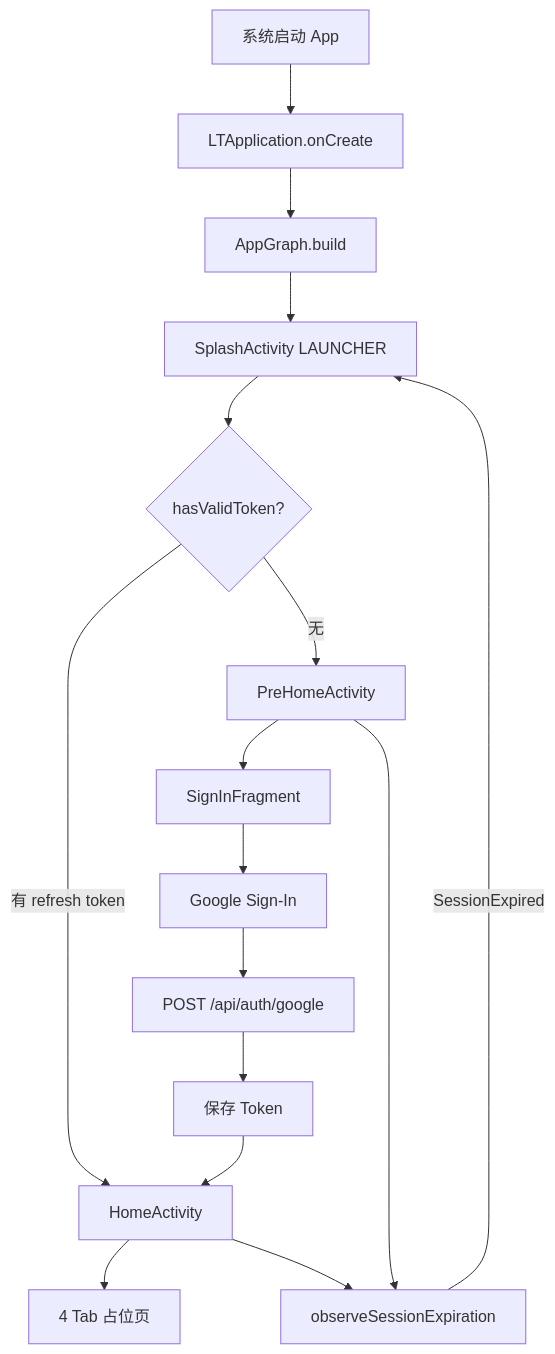
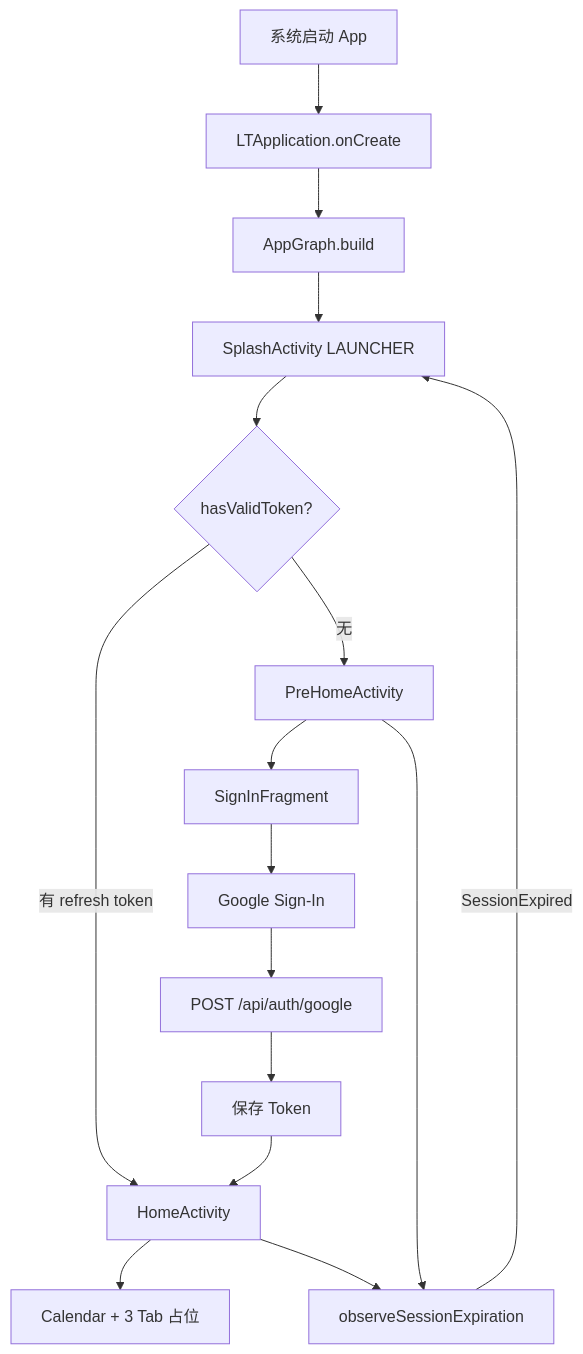
The diagram in docs/app-startup-flow.md (LieonShelly/LT-Android), drawn with Mermaid before and after one commit. The commit also changed other lines of this file and 52 other files, not shown here.

````diff
--- a/docs/app-startup-flow.md
+++ b/docs/app-startup-flow.md
@@ -20,19 +20,19 @@
 ```mermaid
 flowchart TD
     A[系统启动 App] --> B[LTApplication.onCreate]
     B --> C[AppGraph.build]
     C --> D[SplashActivity LAUNCHER]
     D --> E{hasValidToken?}
     E -->|有 refresh token| F[HomeActivity]
     E -->|无| G[PreHomeActivity]
     G --> H[SignInFragment]
     H --> I[Google Sign-In]
     I --> J[POST /api/auth/google]
     J --> K[保存 Token]
     K --> F
-    F --> L[4 Tab 占位页]
+    F --> L[Calendar + 3 Tab 占位]
 
     F --> M[observeSessionExpiration]
     G --> M
     M -->|SessionExpired| D
 ```
````
